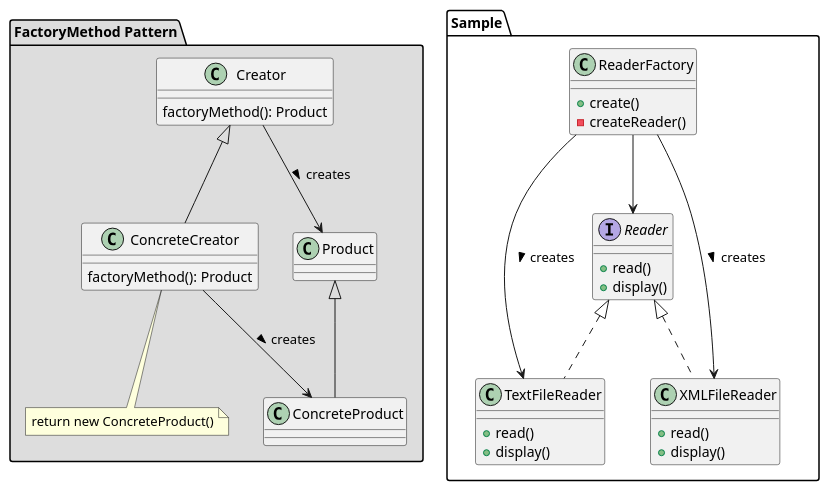
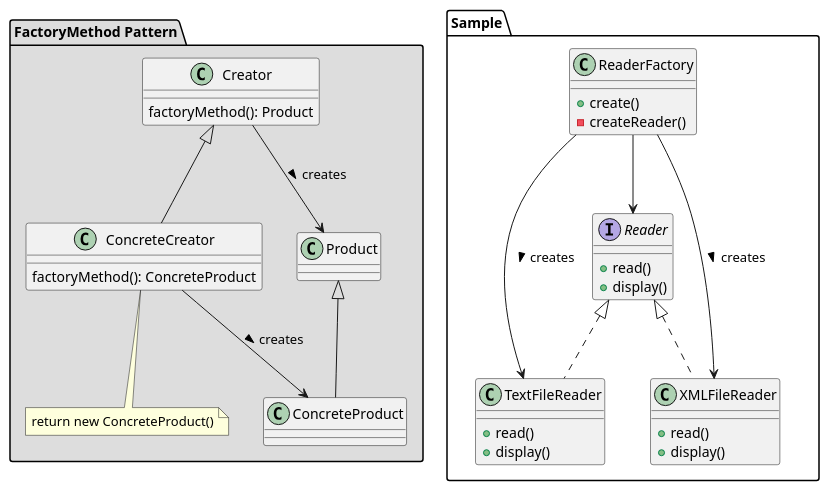
The diagram in FactoryMethod/FactoryMethod-class-dia.puml (kenjis/PhpDesignPattern), drawn with PlantUML before and after one commit. The commit also changed 1 other file, not shown here.

```diff
--- a/FactoryMethod/FactoryMethod-class-dia.puml
+++ b/FactoryMethod/FactoryMethod-class-dia.puml
@@ -1,53 +1,53 @@
 @startuml
 
 package "FactoryMethod Pattern" #DDDDDD {
   class Creator {
     factoryMethod(): Product
   }
 
   class ConcreteCreator {
-    factoryMethod(): Product
+    factoryMethod(): ConcreteProduct
   }
   note bottom: return new ConcreteProduct()
 
   Creator <|-- ConcreteCreator
 
   class Product
   class ConcreteProduct
 
   Product <|-- ConcreteProduct
 
   Creator --> Product : creates >
   ConcreteCreator --> ConcreteProduct : creates >
 }
 
 package "Sample" {
   class ReaderFactory {
     +create()
     -createReader()
   }
 
   interface Reader {
     +read()
     +display()
   }
 
   ReaderFactory --> Reader
 
   class TextFileReader {
     +read()
     +display()
   }
   class XMLFileReader {
     +read()
     +display()
   }
 
   Reader <|.. TextFileReader
   Reader <|.. XMLFileReader
 
   ReaderFactory --> TextFileReader : creates >
   ReaderFactory --> XMLFileReader : creates >
 }
 
 @enduml
```
